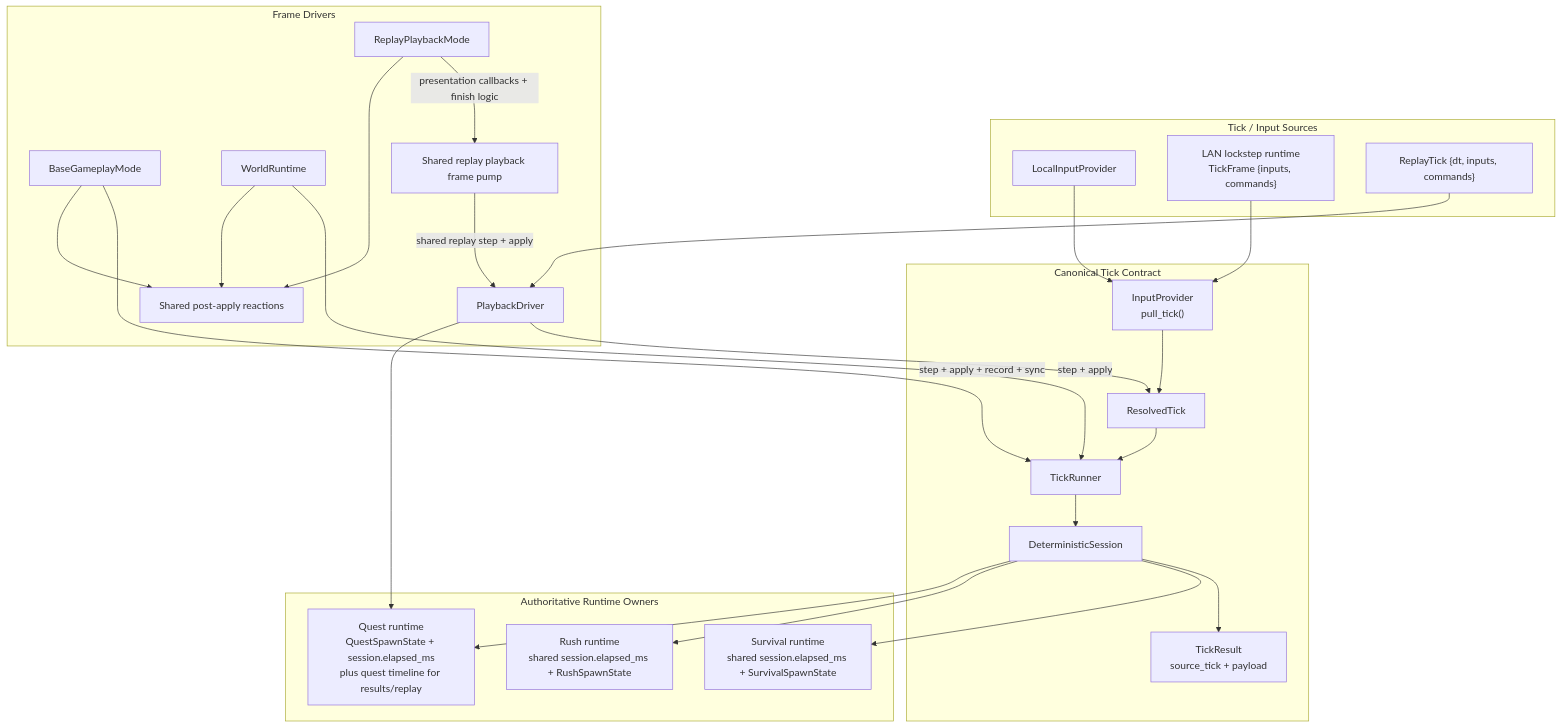
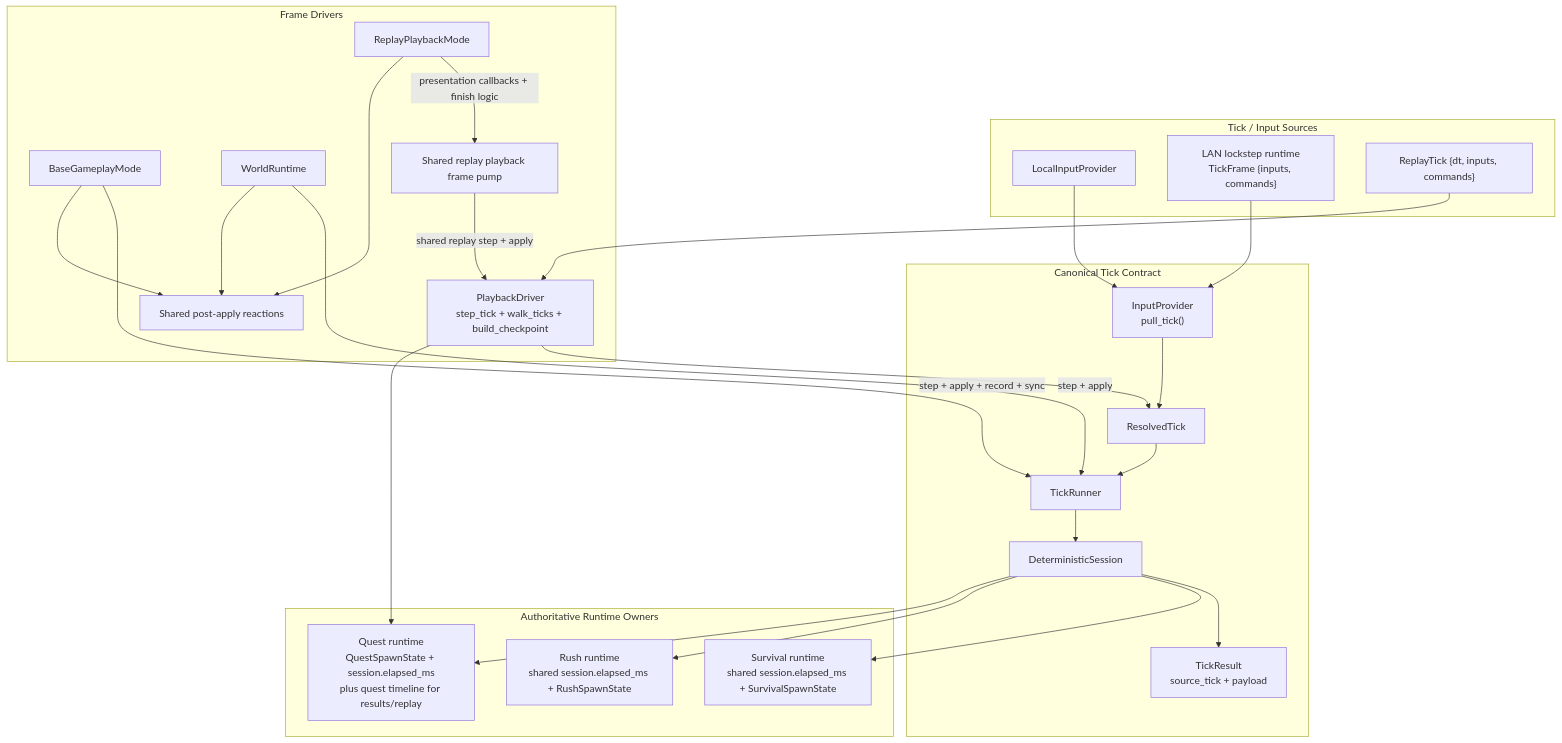
One commit to banteg/crimson changed the first of 2 diagrams in split_brain.md. Above: the diagram before and after it, drawn with Mermaid. The commit also changed other lines of this file and 8 other files, not shown here.

Commit message:
refactor: share replay driver walk loop

````diff
--- a/split_brain.md
+++ b/split_brain.md
@@ -57,49 +58,49 @@
 ```mermaid
 flowchart TD
     subgraph Sources["Tick / Input Sources"]
         Local["LocalInputProvider"]
         Lan["LAN lockstep runtime<br/>TickFrame {inputs, commands}"]
         Replay["ReplayTick {dt, inputs, commands}"]
     end
 
     subgraph TickContract["Canonical Tick Contract"]
         Provider["InputProvider<br/>pull_tick()"]
         Tick["ResolvedTick"]
         Runner["TickRunner"]
         Session["DeterministicSession"]
         Result["TickResult<br/>source_tick + payload"]
     end
 
     subgraph StateOwners["Authoritative Runtime Owners"]
         SurvivalState["Survival runtime<br/>shared session.elapsed_ms + SurvivalSpawnState"]
         RushState["Rush runtime<br/>shared session.elapsed_ms + RushSpawnState"]
         QuestState["Quest runtime<br/>QuestSpawnState + session.elapsed_ms<br/>plus quest timeline for results/replay"]
     end
 
     subgraph Drivers["Frame Drivers"]
         Base["BaseGameplayMode"]
         World["WorldRuntime"]
         ReplayMode["ReplayPlaybackMode"]
         ReplayPump["Shared replay playback frame pump"]
-        Playback["PlaybackDriver"]
+        Playback["PlaybackDriver<br/>step_tick + walk_ticks + build_checkpoint"]
         PostApply["Shared post-apply reactions"]
     end
 
     Local --> Provider
     Lan --> Provider
     Provider --> Tick --> Runner --> Session --> Result
     Replay --> Playback --> Tick
 
     Session --> SurvivalState
     Session --> RushState
     Session --> QuestState
 
     Base -->|step + apply + record + sync| Runner
     World -->|step + apply| Runner
     ReplayMode -->|presentation callbacks + finish logic| ReplayPump
     ReplayPump -->|shared replay step + apply| Playback
     Base --> PostApply
     World --> PostApply
     ReplayMode --> PostApply
     Playback --> QuestState
 ```
````
